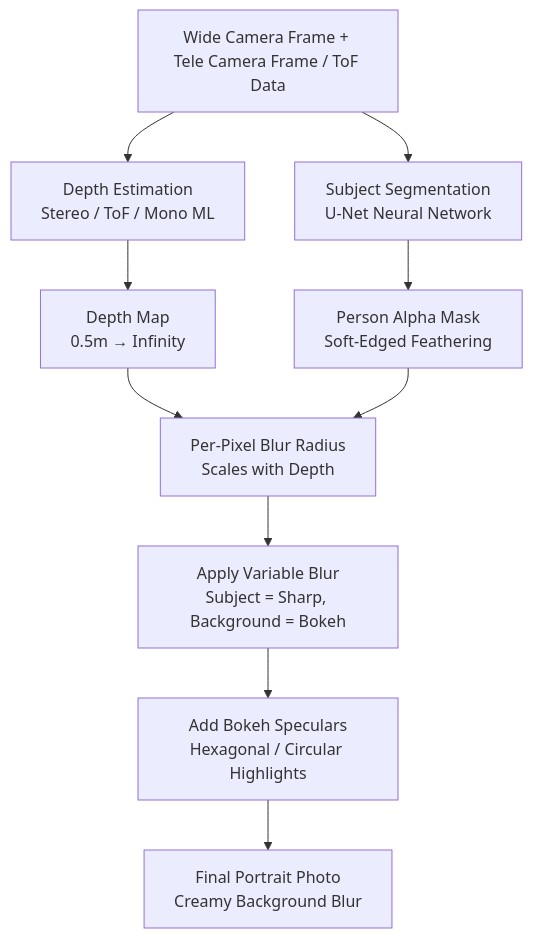
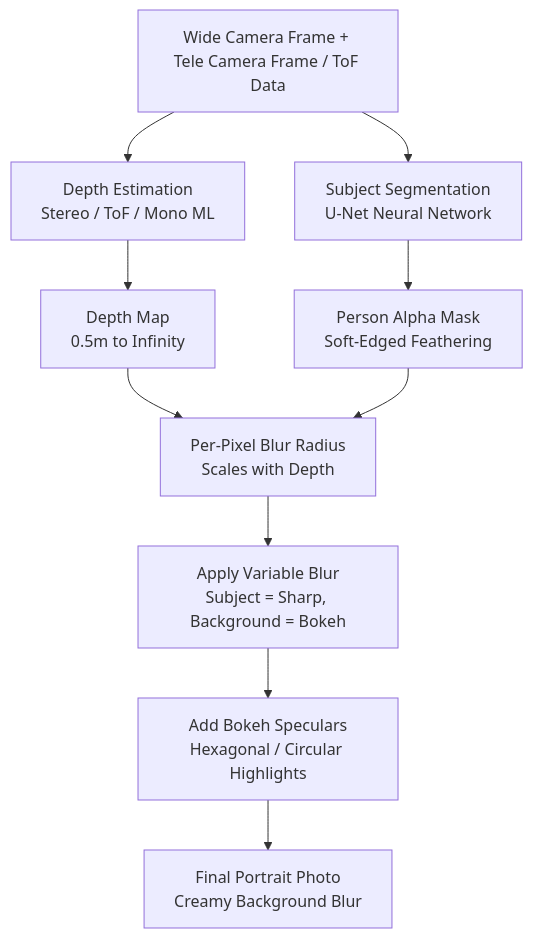
Before and after one commit to zoozooll/AndroidCameraParameters: the second of 7 diagrams in website/docs/camera2/what-can-modern-smartphone-cameras-do.md, drawn with Mermaid. The commit also changed other lines of this file and 378 other files, not shown here.

````diff
--- a/website/docs/camera2/what-can-modern-smartphone-cameras-do.md
+++ b/website/docs/camera2/what-can-modern-smartphone-cameras-do.md
@@ -75,12 +75,12 @@
 ```mermaid
 flowchart TD
-    A[Wide Camera Frame + Tele Camera Frame / ToF Data] --> B[Depth Estimation\nStereo / ToF / Mono ML]
-    B --> C[Depth Map\n0.5m → Infinity]
-    A --> D[Subject Segmentation\nU-Net Neural Network]
-    D --> E[Person Alpha Mask\nSoft-Edged Feathering]
-    C --> F[Per-Pixel Blur Radius\nScales with Depth]
+    A["Wide Camera Frame + Tele Camera Frame / ToF Data"] --> B["Depth Estimation<br/>Stereo / ToF / Mono ML"]
+    B --> C["Depth Map<br/>0.5m to Infinity"]
+    A --> D["Subject Segmentation<br/>U-Net Neural Network"]
+    D --> E["Person Alpha Mask<br/>Soft-Edged Feathering"]
+    C --> F["Per-Pixel Blur Radius<br/>Scales with Depth"]
     E --> F
-    F --> G[Apply Variable Blur\nSubject = Sharp, Background = Bokeh]
-    G --> H[Add Bokeh Speculars\nHexagonal / Circular Highlights]
-    H --> I[Final Portrait Photo\nCreamy Background Blur]
+    F --> G["Apply Variable Blur<br/>Subject = Sharp, Background = Bokeh"]
+    G --> H["Add Bokeh Speculars<br/>Hexagonal / Circular Highlights"]
+    H --> I["Final Portrait Photo<br/>Creamy Background Blur"]
 ```
````
